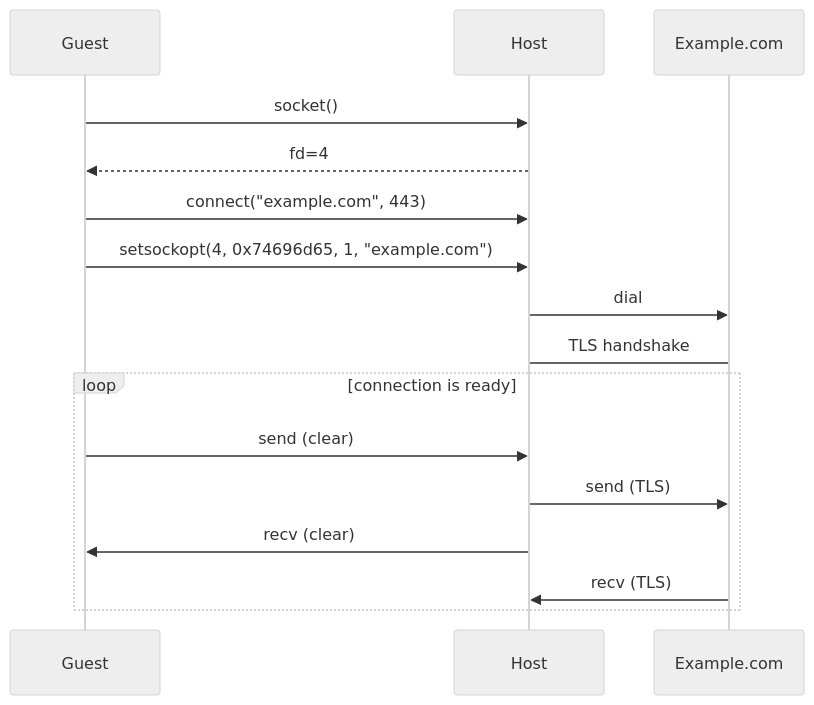
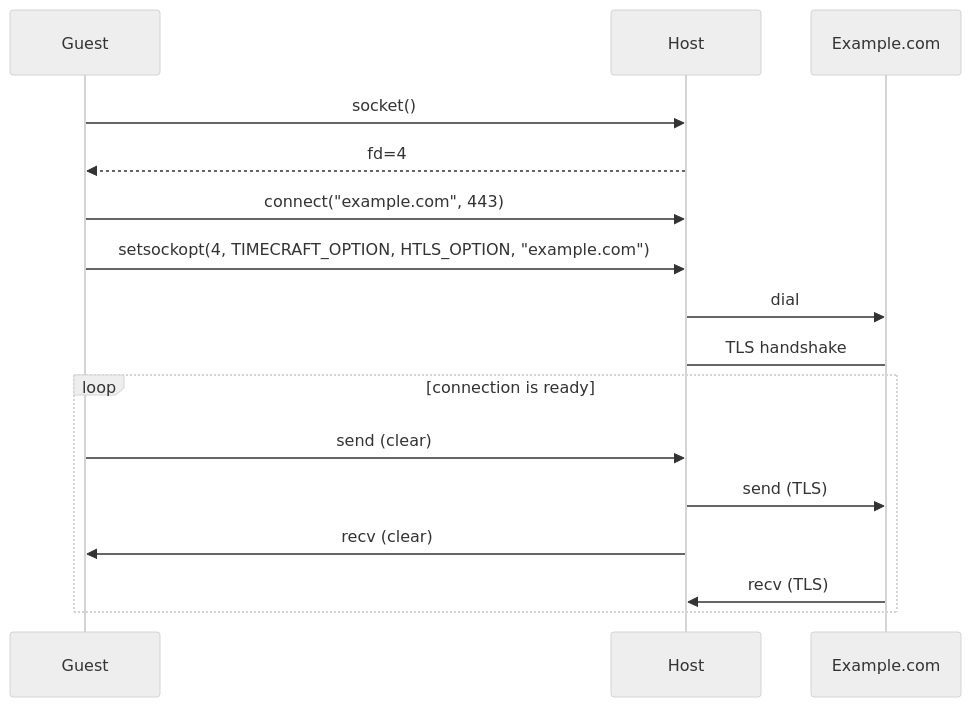
Before and after one commit to stealthrocket/docs.timecraft.dev: the diagram in docs/networking/htls.md, drawn with Mermaid (neutral theme). The commit also changed other lines of this file, not shown here.

Commit message:
htls: use constants

````diff
--- a/docs/networking/htls.md
+++ b/docs/networking/htls.md
@@ -137,15 +142,15 @@
 ```mermaid
 sequenceDiagram
     Guest->>Host: socket()
     Host-->>Guest: fd=4
 	Guest->>Host: connect("example.com", 443)
-	Guest->>Host: setsockopt(4, 0x74696d65, 1, "example.com")
+	Guest->>Host: setsockopt(4, TIMECRAFT_OPTION, HTLS_OPTION, "example.com")
 	Host->>Example.com: dial
 	Host->Example.com: TLS handshake
 	loop connection is ready
 		Guest->>Host: send (clear)
 		Host->>Example.com: send (TLS)
 		Host->>Guest: recv (clear)
 		Example.com->>Host: recv (TLS)
 	end
 ```
````
